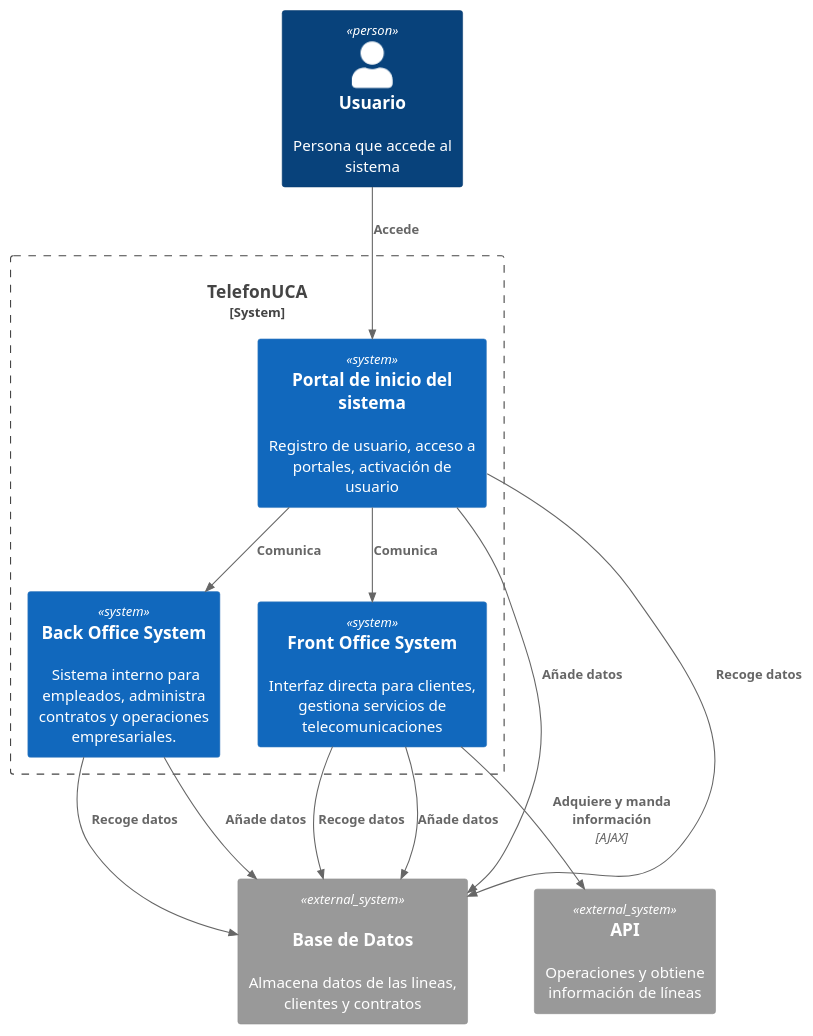
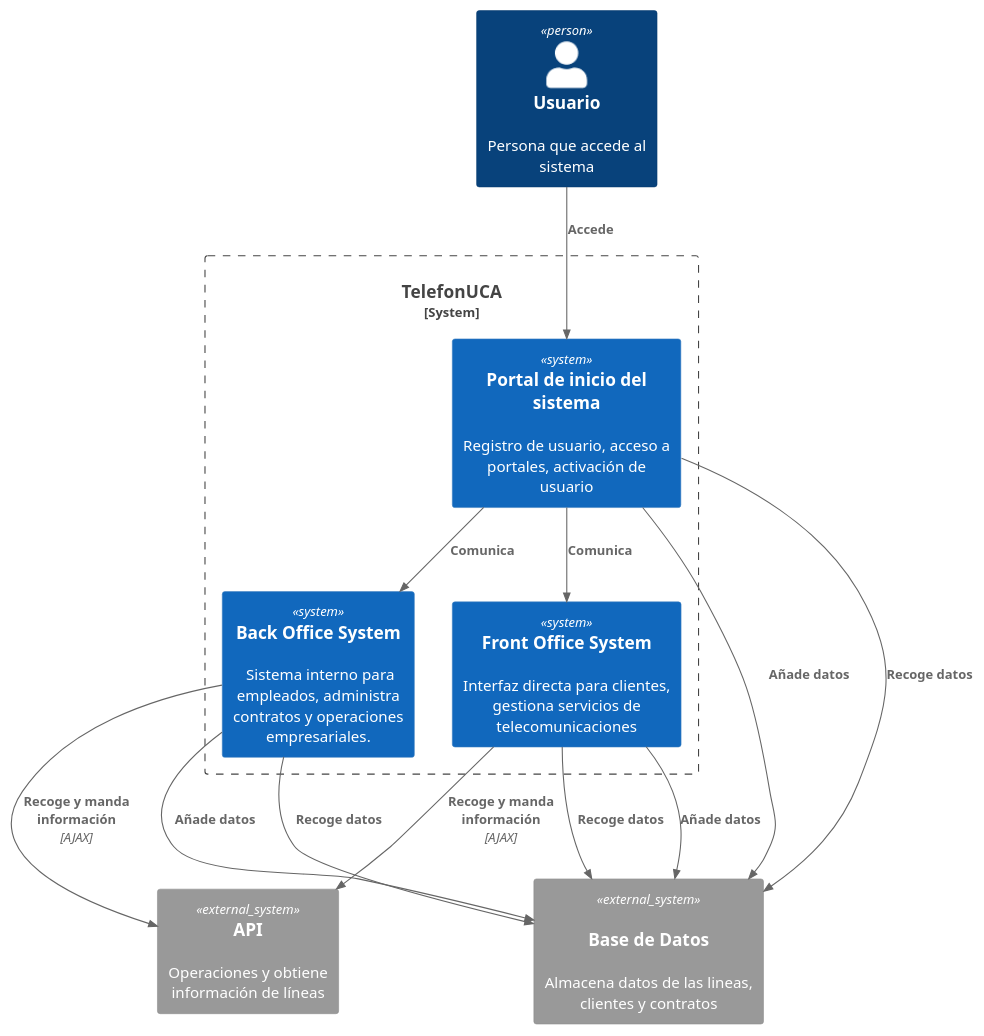
One commit to davidbp10/iw2023-2024-MovilUCA changed the diagram in docs/diagrams/ContextDiagram.puml. Above: the diagram before and after it, drawn with PlantUML. The commit also changed 19 other files, not shown here.

Commit message:
Mejora de los diagramas C4

```diff
--- a/docs/diagrams/ContextDiagram.puml
+++ b/docs/diagrams/ContextDiagram.puml
@@ -1,28 +1,29 @@
 @startuml Context Diagram
 !include https://raw.githubusercontent.com/plantuml-stdlib/C4-PlantUML/master/C4_Context.puml
 
 Person(usu,"Usuario","Persona que accede al sistema")
 
 System_Boundary(t, "TelefonUCA") {
     System(web,"Portal de inicio del sistema", "Registro de usuario, acceso a portales, activación de usuario")
     System(frontOffice, "Front Office System","Interfaz directa para clientes, gestiona servicios de telecomunicaciones")
     System(backOffice, "Back Office System"," Sistema interno para empleados, administra contratos y operaciones empresariales.")
 }
 
 System_Ext(bd, "Base de Datos","Almacena datos de las lineas, clientes y contratos", "MySQL")
 System_Ext(api, "API", "Operaciones y obtiene información de líneas")
 
 Rel(usu,web,"Accede")
 Rel(web, frontOffice, "Comunica")
 Rel(web,backOffice,"Comunica")
 
 
-Rel(frontOffice, api,"Adquiere y manda información" ,"AJAX")
+Rel(frontOffice, api,"Recoge y manda información" ,"AJAX")
+Rel(backOffice, api,"Recoge y manda información" ,"AJAX")
 
 Rel(frontOffice, bd, "Añade datos")
 Rel(frontOffice, bd, "Recoge datos")
 Rel(backOffice, bd, "Añade datos")
 Rel(backOffice, bd, "Recoge datos")
 Rel(web, bd, "Añade datos")
 Rel(web, bd, "Recoge datos")
 @enduml
```
